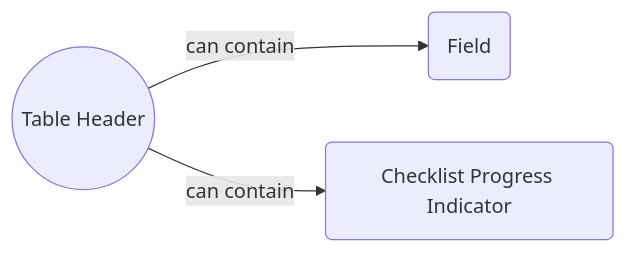
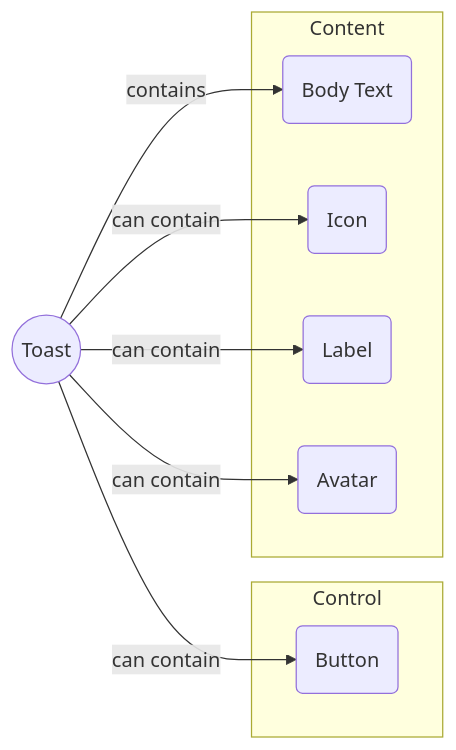
Diagram 26 of 39 in Components.md (incremental-design/seamlss-design-system), drawn with Mermaid before and after one commit. The commit also changed other lines of this file and 1 other file, not shown here.

````diff
--- a/Components.md
+++ b/Components.md
@@ -148,4 +385,14 @@
 ```mermaid
 flowchart LR
-	TH((Table Header)) -- can contain --> F(Field) & CP(Checklist Progress Indicator)
+T((Toast)) -- contains --> B(Body Text)
+T -- can contain --> BT(Button) & I(Icon) & L(Label) & A(Avatar)
+subgraph Control
+	BT
+end
+subgraph Content
+	A
+	B
+	I
+	L
+end
 ```
````
